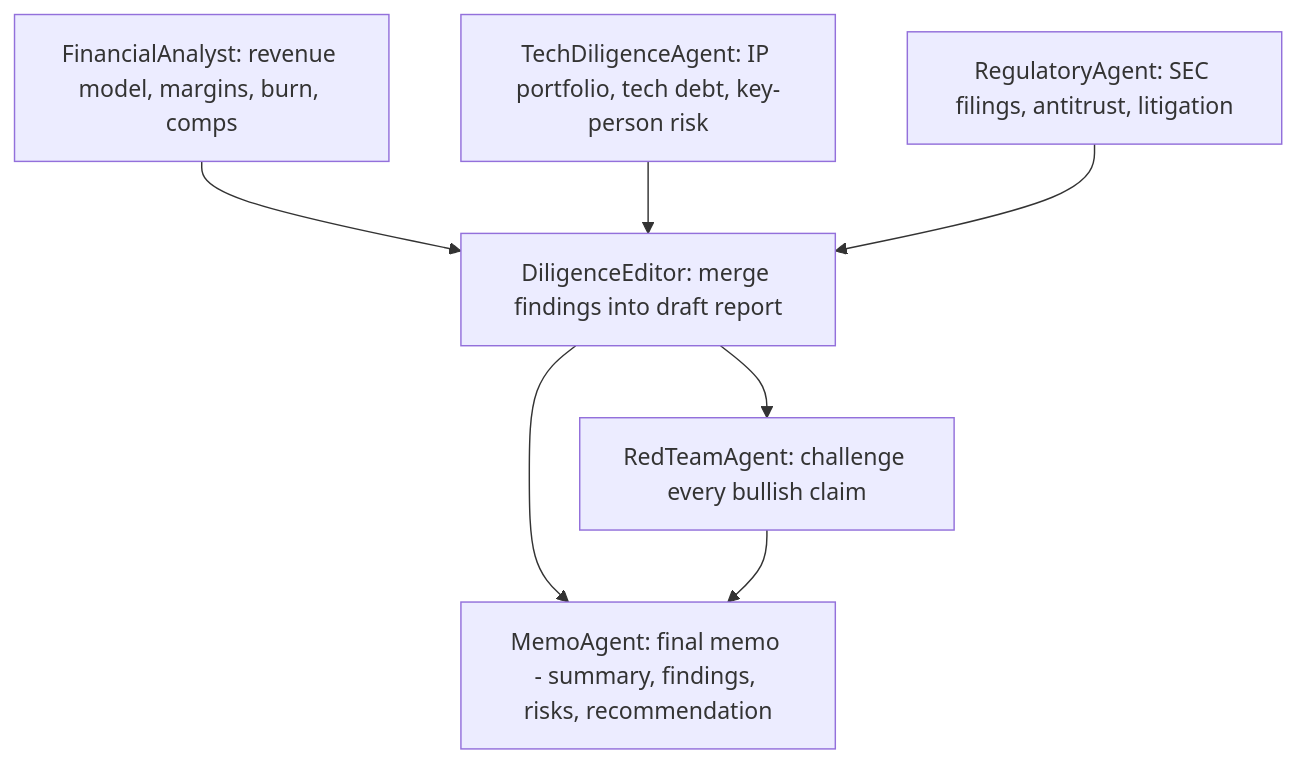
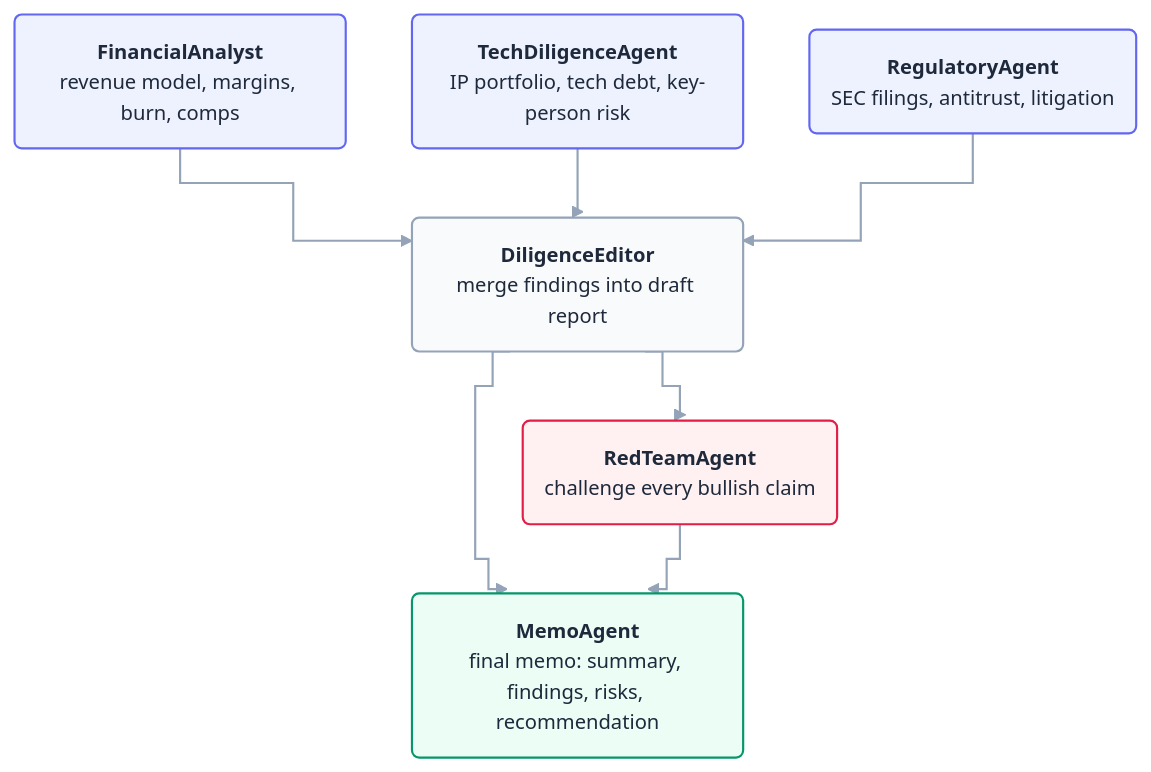
The diagram in README.md (petehottelet/smythe), drawn with Mermaid before and after one commit. The commit also changed 1 other file, not shown here.

Commit message:
Restyle the demo flowchart: step edges, rounded nodes, muted palette

````diff
--- a/README.md
+++ b/README.md
@@ -69,15 +69,25 @@
 ```mermaid
+%%{init: {"theme":"base","themeVariables":{"fontSize":"14px","primaryColor":"#f8fafc","primaryTextColor":"#1e293b","primaryBorderColor":"#94a3b8","lineColor":"#94a3b8"},"flowchart":{"curve":"step","nodeSpacing":46,"rankSpacing":48}}}%%
 flowchart TD
-    financial["FinancialAnalyst: revenue model, margins, burn, comps"]
-    technical["TechDiligenceAgent: IP portfolio, tech debt, key-person risk"]
-    regulatory["RegulatoryAgent: SEC filings, antitrust, litigation"]
-    draft["DiligenceEditor: merge findings into draft report"]
-    redteam["RedTeamAgent: challenge every bullish claim"]
-    memo["MemoAgent: final memo - summary, findings, risks, recommendation"]
+    financial("<b>FinancialAnalyst</b><br/>revenue model, margins, burn, comps")
+    technical("<b>TechDiligenceAgent</b><br/>IP portfolio, tech debt, key-person risk")
+    regulatory("<b>RegulatoryAgent</b><br/>SEC filings, antitrust, litigation")
+    draft("<b>DiligenceEditor</b><br/>merge findings into draft report")
+    redteam("<b>RedTeamAgent</b><br/>challenge every bullish claim")
+    memo("<b>MemoAgent</b><br/>final memo: summary, findings, risks, recommendation")
     financial --> draft
     technical --> draft
     regulatory --> draft
     draft --> redteam
     draft --> memo
     redteam --> memo
+    classDef specialist fill:#eef2ff,stroke:#6366f1,stroke-width:1.5px,color:#1e293b
+    classDef editor fill:#f8fafc,stroke:#94a3b8,stroke-width:1.5px,color:#1e293b
+    classDef adversarial fill:#fff1f2,stroke:#e11d48,stroke-width:1.5px,color:#1e293b
+    classDef deliverable fill:#ecfdf5,stroke:#059669,stroke-width:1.5px,color:#1e293b
+    class financial,technical,regulatory specialist
+    class draft editor
+    class redteam adversarial
+    class memo deliverable
+    linkStyle default stroke:#94a3b8,stroke-width:1.5px
 ```
````
